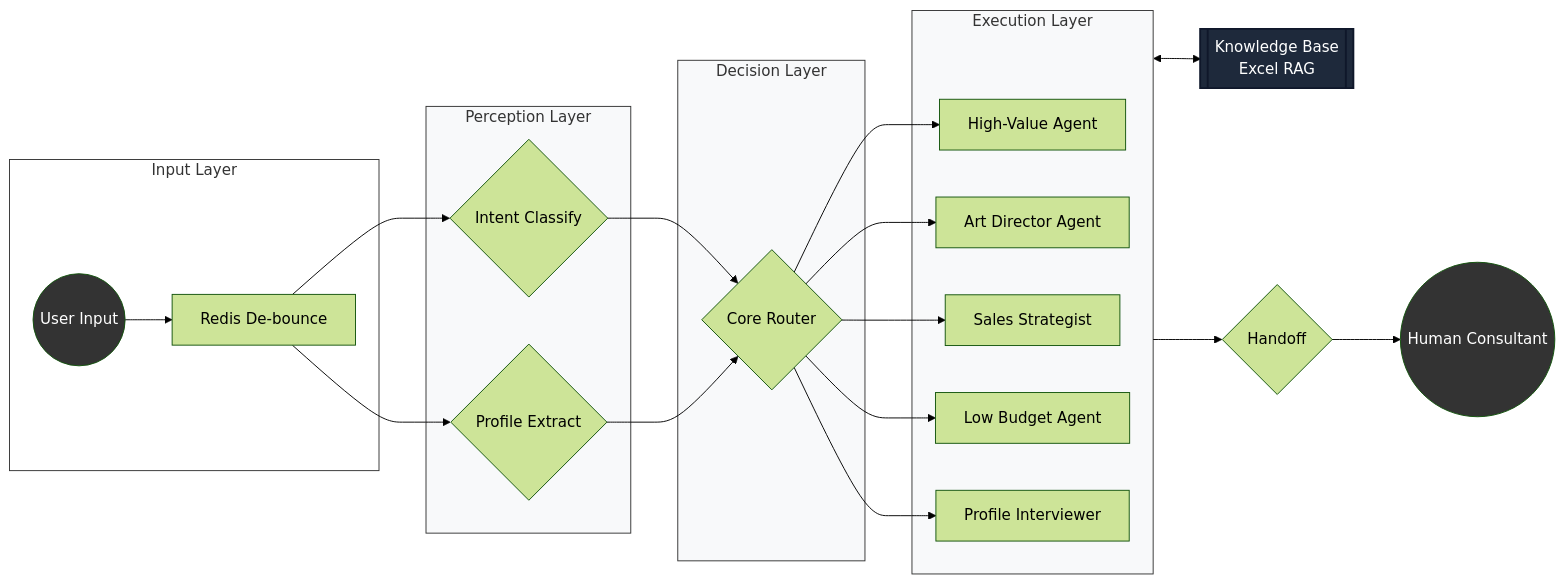
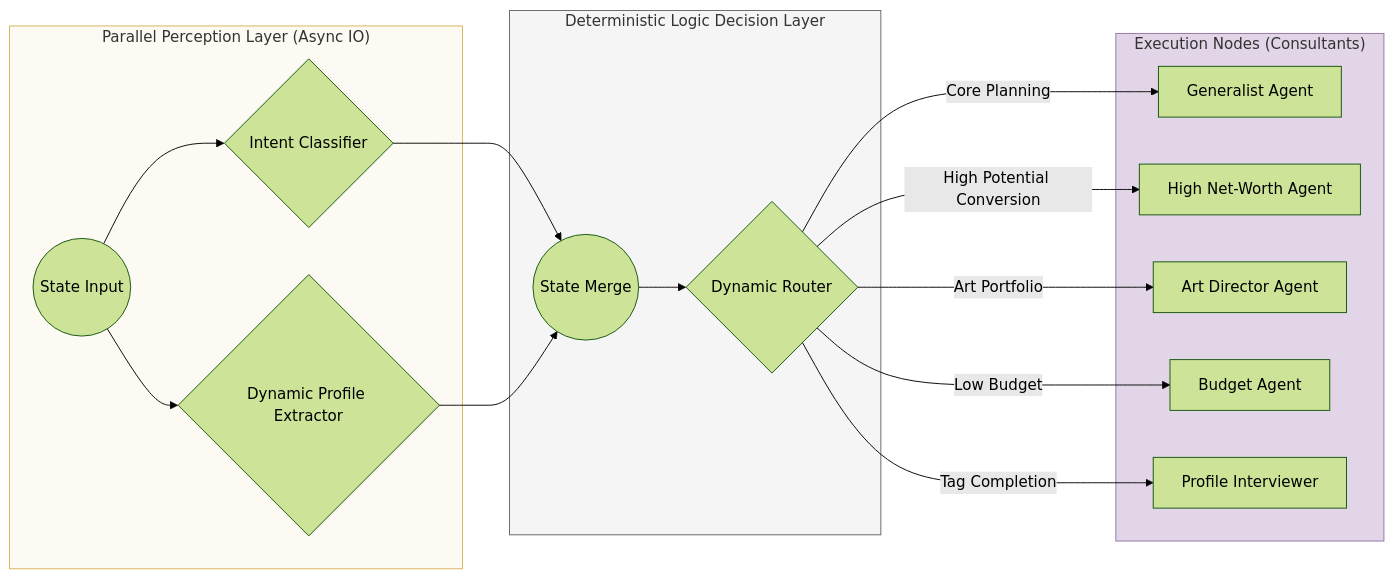
Before and after one commit to JackybigW/baoshu_ai: the second of 2 diagrams in README_EN.md, drawn with Mermaid (forest theme). The commit also changed other lines of this file and 1 other file, not shown here.

````diff
--- a/README_EN.md
+++ b/README_EN.md
@@ -15,40 +57,28 @@
 ```mermaid
 graph LR
-    %% Layers
-    subgraph Input [Input Layer]
-        User((User Input)) --> Buffer[Redis De-bounce]
+    %% Perception Layer
+    subgraph Perception ["Parallel Perception Layer (Async IO)"]
+        Entry(("State Input")) --> Classifier{"Intent Classifier"}
+        Entry --> Extractor{"Dynamic Profile Extractor"}
     end
 
-    subgraph Perception [Perception Layer]
-        Buffer --> Classifier{Intent Classify}
-        Buffer --> Extractor{Profile Extract}
+    %% Decision Layer
+    subgraph Decision ["Deterministic Logic Decision Layer"]
+        Classifier & Extractor --> WaitNode(("State Merge"))
+        WaitNode --> Router{Dynamic Router}
     end
 
-    subgraph Decision [Decision Layer]
-        Classifier & Extractor --> Router{Core Router}
+    %% Execution Layer
+    subgraph Execution ["Execution Nodes (Consultants)"]
+        Router -->|Core Planning| Consultant[Generalist Agent]
+        Router -->|High Potential Conversion| HighValue[High Net-Worth Agent]
+        Router -->|Art Portfolio| Art[Art Director Agent]
+        Router -->|Low Budget| LowBudget[Budget Agent]
+        Router -->|Tag Completion| Interviewer[Profile Interviewer]
     end
 
-    subgraph Execution [Execution Layer]
-        Router --> HV[High-Value Agent]
-        Router --> ART[Art Director Agent]
-        Router --> CS[Sales Strategist]
-        Router --> LB[Low Budget Agent]
-        Router --> IV[Profile Interviewer]
-    end
-
-    %% Core Components
-    Execution <--> RAG[[Knowledge Base<br/>Excel RAG]]
-    Execution --> Handoff{Handoff}
-    Handoff --> Human((Human Consultant))
-
-    %% Tech Minimalist Styles
-    style Input fill:#ffffff,stroke:#333,stroke-width:1px
-    style Perception fill:#f8f9fa,stroke:#333,stroke-width:1px
-    style Decision fill:#f8f9fa,stroke:#333,stroke-width:1px
-    style Execution fill:#f8f9fa,stroke:#333,stroke-width:1px
-    
-    %% Asset Emphasis
-    style RAG fill:#1e293b,color:#fff,stroke:#0f172a,stroke-width:2px
-    style User fill:#333,color:#fff
-    style Human fill:#333,color:#fff
+    %% Style
+    style Perception fill:#fcfaf2,stroke:#d6b656,stroke-width:1px
+    style Decision fill:#f5f5f5,stroke:#666,stroke-width:1px
+    style Execution fill:#e1d5e7,stroke:#9673a6,stroke-width:1px
 ```
````
